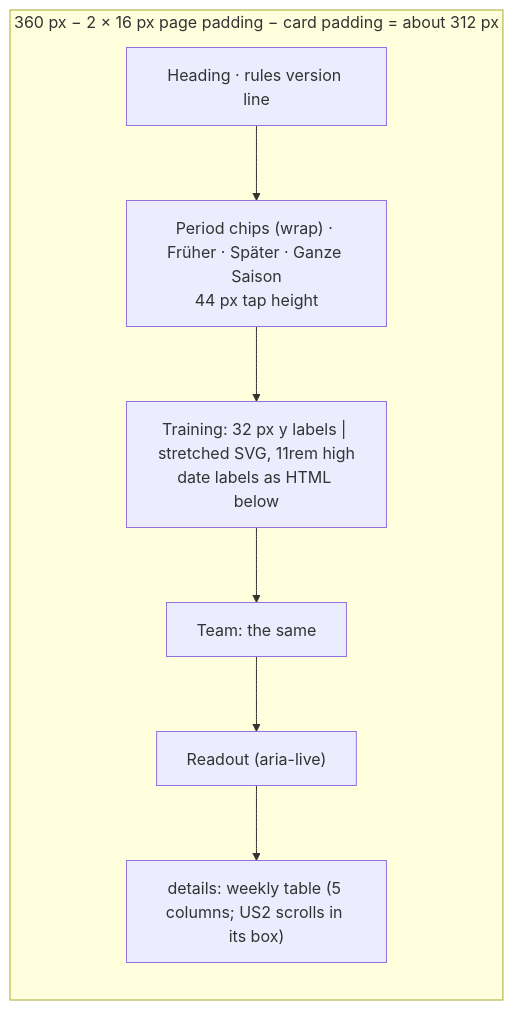
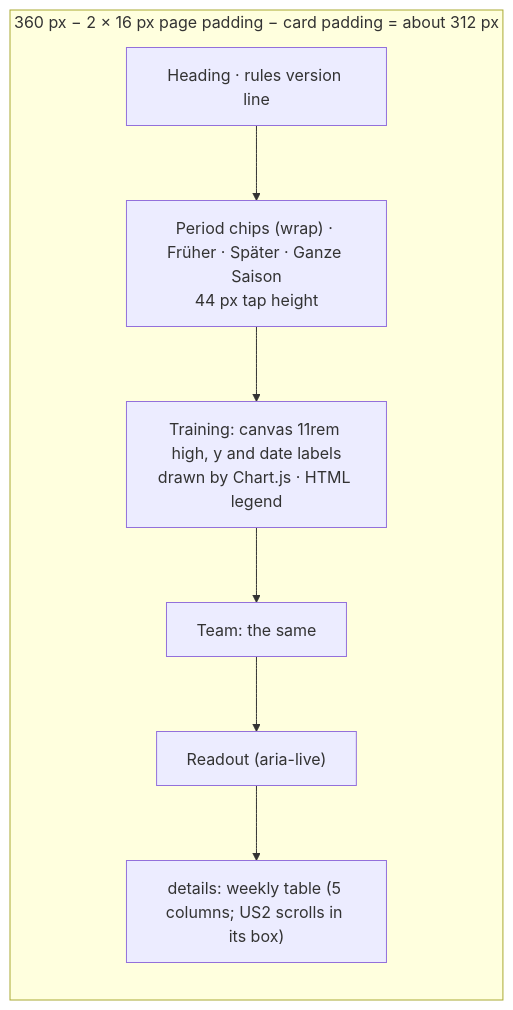
One commit to SaSteffen/RynkePoints changed the sixth of 6 diagrams in specs/009-rider-progress-charts/plan.md. Above: the diagram before and after it, drawn with Mermaid. The commit also changed other lines of this file and 9 other files, not shown here.

First line of the commit message:
docs(009): re-plan the progress charts on Chart.js

````diff
--- a/specs/009-rider-progress-charts/plan.md
+++ b/specs/009-rider-progress-charts/plan.md
@@ -291,13 +305,13 @@
 ```mermaid
 flowchart TB
     subgraph phone["360 px − 2 × 16 px page padding − card padding = about 312 px"]
         direction TB
         h["Heading · rules version line"]
         nav["Period chips (wrap) · Früher · Später · Ganze Saison<br/>44 px tap height"]
-        c1["Training: 32 px y labels | stretched SVG, 11rem high<br/>date labels as HTML below"]
+        c1["Training: canvas 11rem high, y and date labels<br/>drawn by Chart.js · HTML legend"]
         c2["Team: the same"]
         ro["Readout (aria-live)"]
         tb["details: weekly table (5 columns; US2 scrolls in its box)"]
         h --> nav --> c1 --> c2 --> ro --> tb
     end
 ```
````
